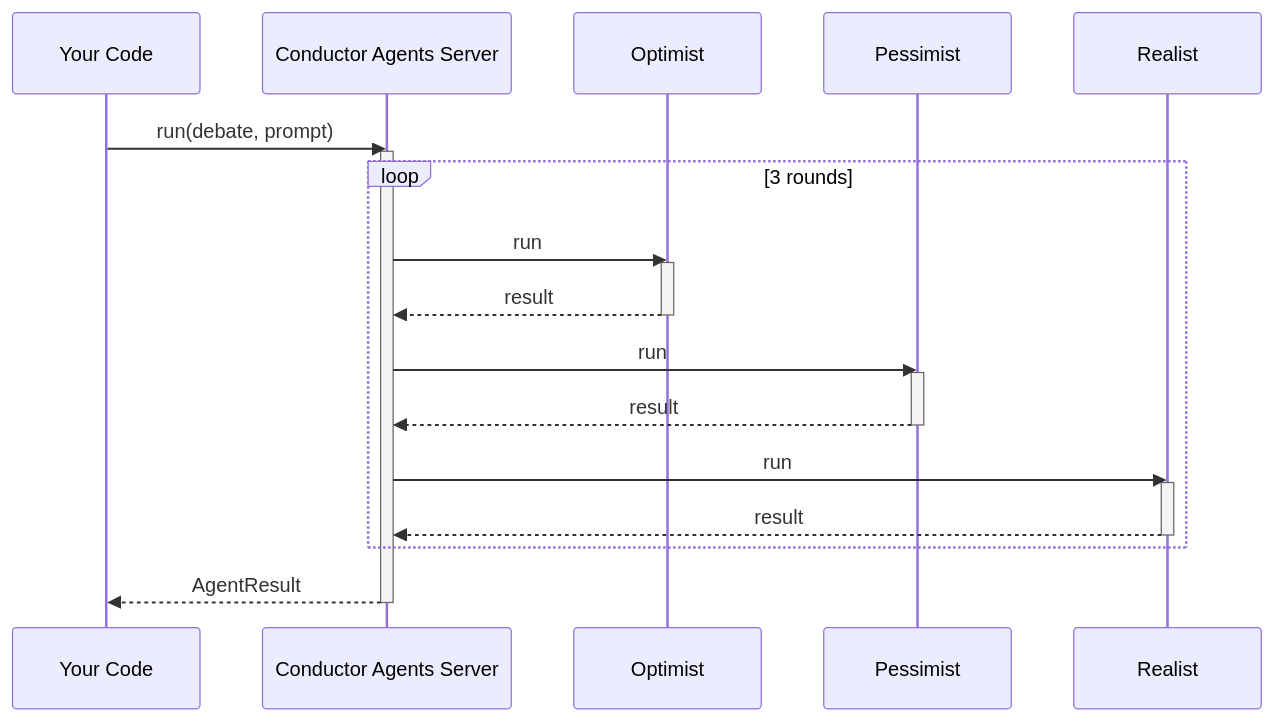
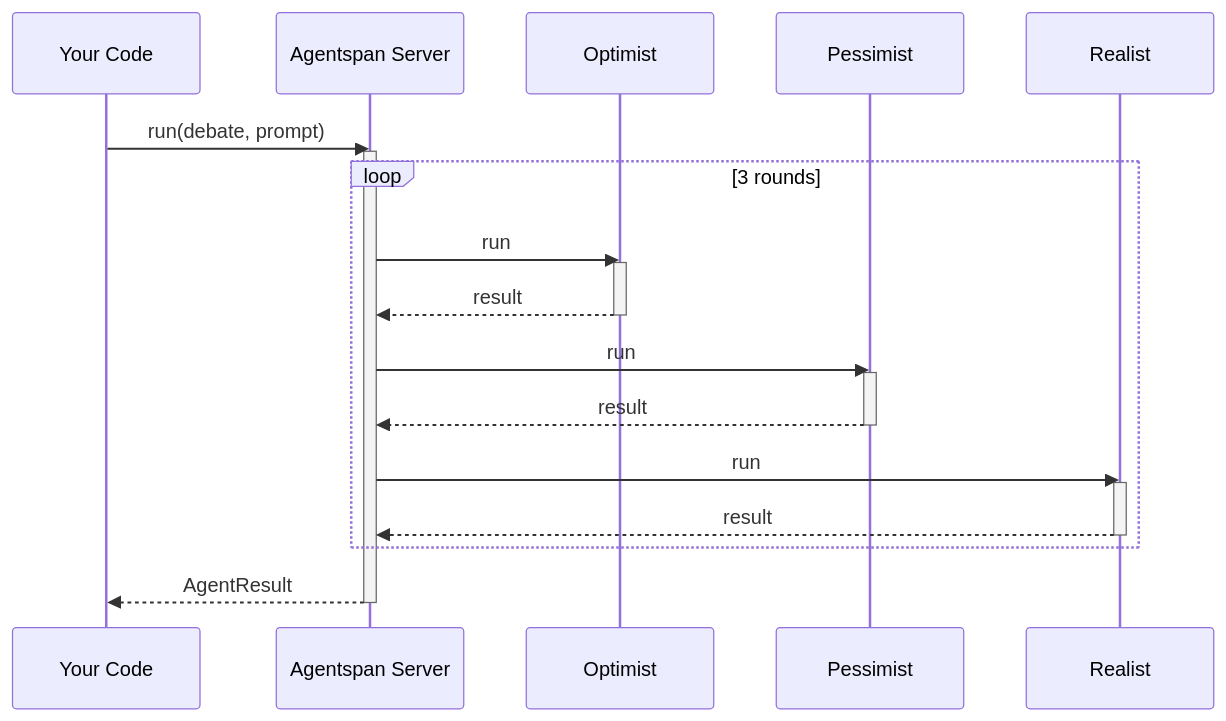
The sixth of 9 diagrams in docs/concepts/multi-agent.md (agentspan-ai/agentspan), drawn with Mermaid before and after one commit. The commit also changed other lines of this file and 87 other files, not shown here.

First line of the commit message:
docs: rebrand to "Agentspan — durable agent runtime, built for Conductor"

````diff
--- a/docs/concepts/multi-agent.md
+++ b/docs/concepts/multi-agent.md
@@ -316,26 +316,26 @@
 ```mermaid
 sequenceDiagram
     participant Code as Your Code
-    participant Server as Conductor Agents Server
+    participant Server as Agentspan Server
     participant O as Optimist
     participant P as Pessimist
     participant R as Realist
     Code->>Server: run(debate, prompt)
     activate Server
     loop 3 rounds
         Server->>O: run
         activate O
         O-->>Server: result
         deactivate O
         Server->>P: run
         activate P
         P-->>Server: result
         deactivate P
         Server->>R: run
         activate R
         R-->>Server: result
         deactivate R
     end
     Server-->>Code: AgentResult
     deactivate Server
 ```
````
